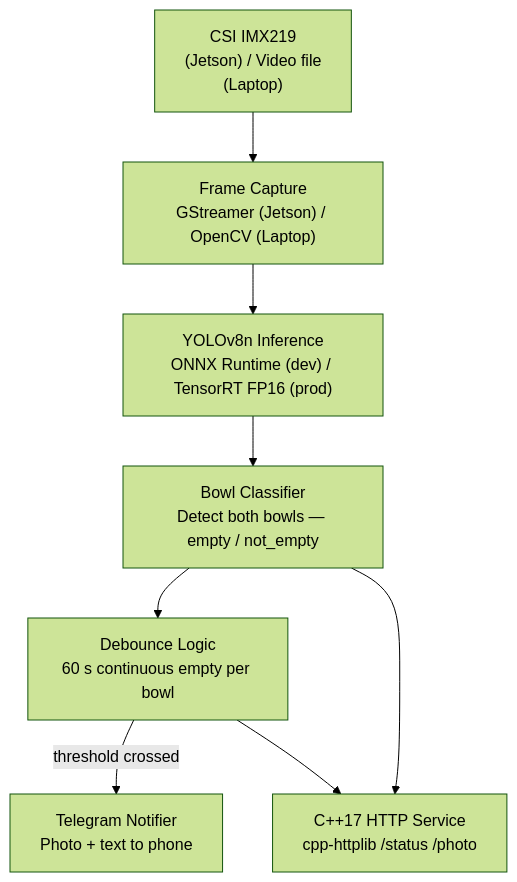
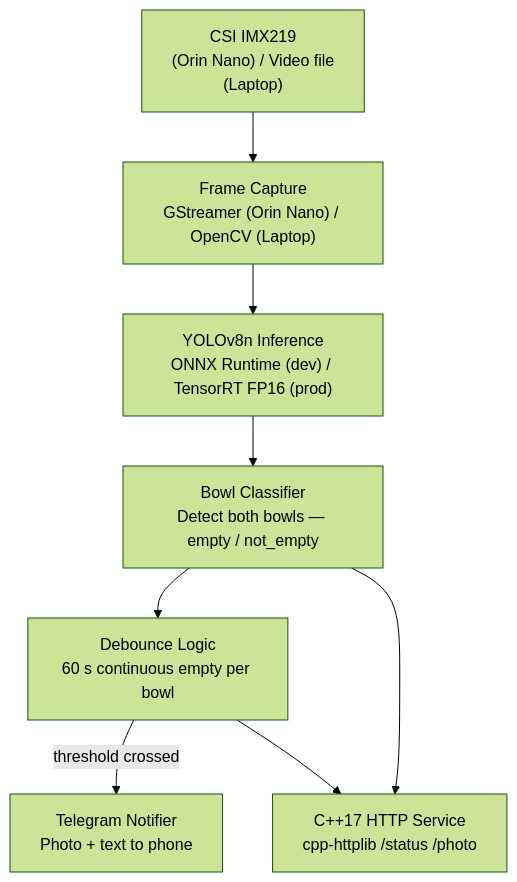
Before and after one commit to afonsocosta90/CatBowlWatch: the diagram in README.md, drawn with Mermaid (forest theme). The commit also changed other lines of this file and 3 other files, not shown here.

````diff
--- a/README.md
+++ b/README.md
@@ -31,15 +31,15 @@
 ```mermaid
 flowchart TD
-    CAM["CSI IMX219<br/>(Jetson) / Video file<br/>(Laptop)"]
-    CAPTURE["Frame Capture<br/>GStreamer (Jetson) / OpenCV (Laptop)"]
+    CAM["CSI IMX219<br/>(Orin Nano) / Video file<br/>(Laptop)"]
+    CAPTURE["Frame Capture<br/>GStreamer (Orin Nano) / OpenCV (Laptop)"]
     INFER["YOLOv8n Inference<br/>ONNX Runtime (dev) / TensorRT FP16 (prod)"]
     CLASSIFY["Bowl Classifier<br/>Detect both bowls — empty / not_empty"]
     DEBOUNCE["Debounce Logic<br/>60 s continuous empty per bowl"]
     NOTIFY["Telegram Notifier<br/>Photo + text to phone"]
     API["C++17 HTTP Service<br/>cpp-httplib /status  /photo"]
 
     CAM --> CAPTURE --> INFER --> CLASSIFY --> DEBOUNCE
     DEBOUNCE -->|threshold crossed| NOTIFY
     DEBOUNCE --> API
     CLASSIFY --> API
 ```
````
